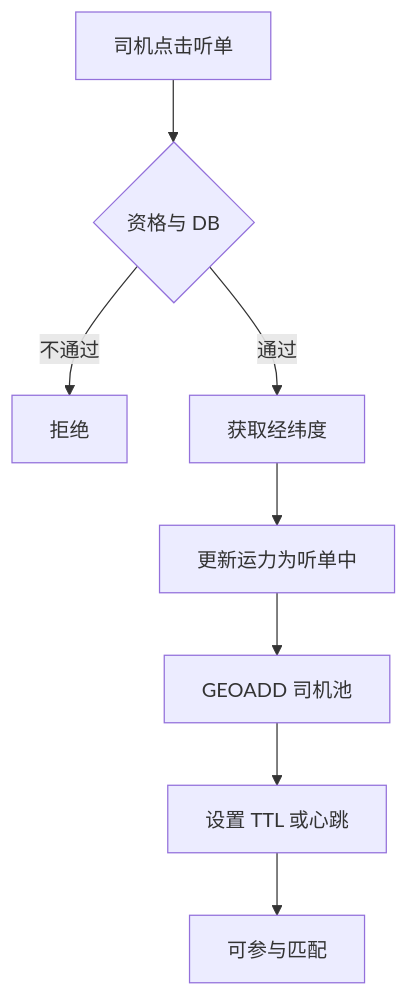
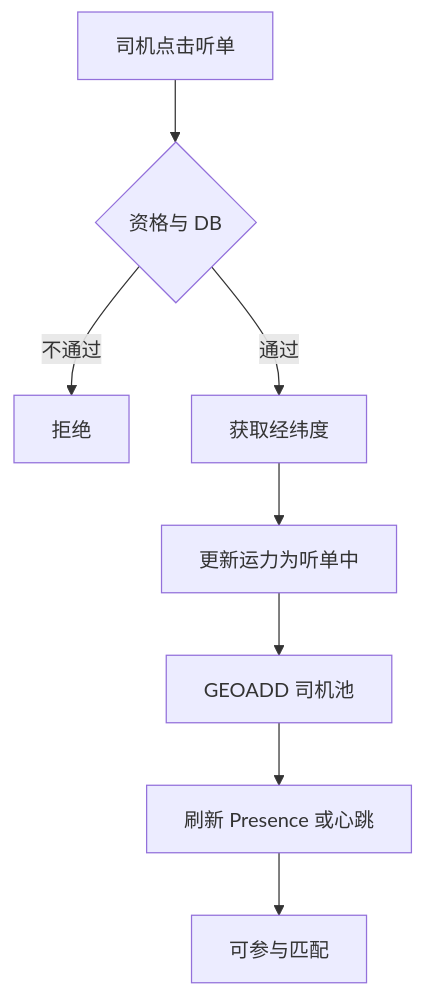
Before and after one commit to ashenxin/didi-taxi: the second of 8 diagrams in 乘客司机端_Redis与听单下线策略.md, drawn with Mermaid. The commit also changed other lines of this file and 32 other files, not shown here.

````diff
--- a/乘客司机端_Redis与听单下线策略.md
+++ b/乘客司机端_Redis与听单下线策略.md
@@ -217,10 +223,10 @@
 ```mermaid
 flowchart TD
   A[司机点击听单] --> B{资格与 DB}
   B -->|不通过| Z[拒绝]
   B -->|通过| C[获取经纬度]
   C --> D[更新运力为听单中]
   D --> E[GEOADD 司机池]
-  E --> F[设置 TTL 或心跳]
+  E --> F[刷新 Presence 或心跳]
   F --> G[可参与匹配]
 ```
````
